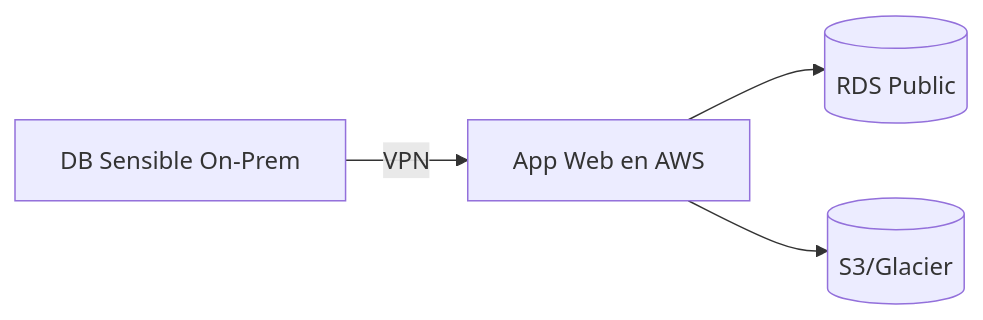
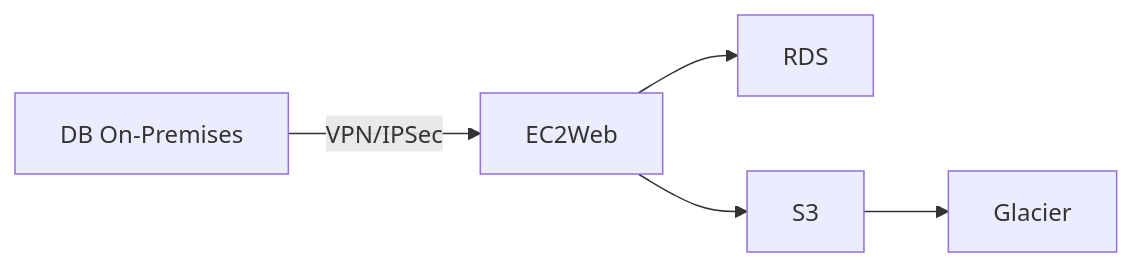
One commit to TheNefelin/TalentoDigital_CloudArchitecture_2025 changed the third of 5 diagrams in Portafolio/M5/Portafolio_Arquitecturas_Cloud_básicas.md. Above: the diagram before and after it, drawn with Mermaid. The commit also changed other lines of this file and 2 other files, not shown here.

````diff
--- a/Portafolio/M5/Portafolio_Arquitecturas_Cloud_básicas.md
+++ b/Portafolio/M5/Portafolio_Arquitecturas_Cloud_básicas.md
@@ -110,6 +105,7 @@
 ```mermaid
 flowchart LR
-  A[App Web en AWS] --> B[(RDS Public)]
-  A --> C[(S3/Glacier)]
-  D[DB Sensible On-Prem] -->|VPN| A
+  OnPremDB[DB On-Premises] -->|VPN/IPSec| EC2Web
+  EC2Web --> RDS
+  EC2Web --> S3
+  S3 --> Glacier
 ```
````
